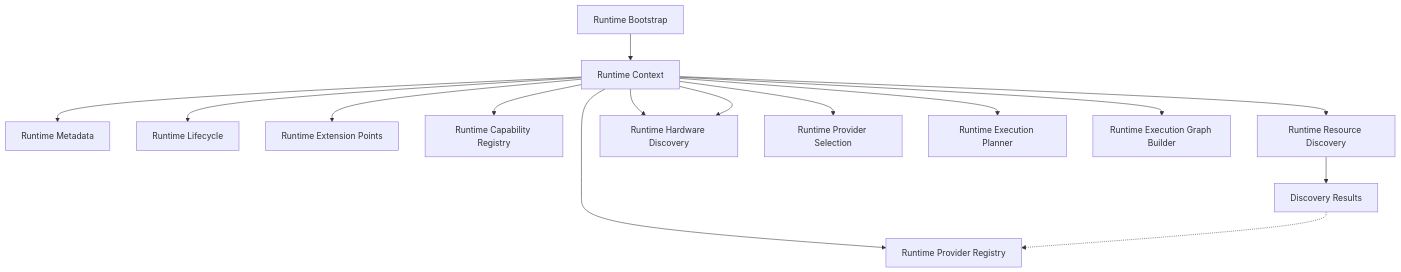
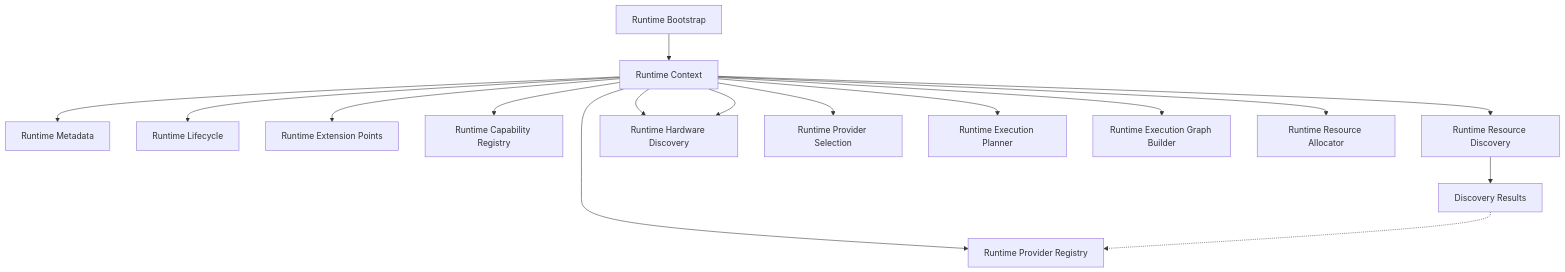
One commit to RudraNarayanRoy01/ClipForge changed the diagram in docs/architecture/runtime/RUNTIME_ARCHITECTURE.md. Above: the diagram before and after it, drawn with Mermaid. The commit also changed other lines of this file and 8 other files, not shown here.

Commit message:
feat(runtime): Batch 6.2.4 establish resource allocation foundation

````diff
--- a/docs/architecture/runtime/RUNTIME_ARCHITECTURE.md
+++ b/docs/architecture/runtime/RUNTIME_ARCHITECTURE.md
@@ -79,37 +79,39 @@
 ```mermaid
 flowchart TD
     Bootstrap[Runtime Bootstrap]
     
     Context[Runtime Context]
     Bootstrap --> Context
     
     Metadata[Runtime Metadata]
     Lifecycle[Runtime Lifecycle]
     Extensions[Runtime Extension Points]
     Registry[Runtime Capability Registry]
     
     Context --> Metadata
     Context --> Lifecycle
     Context --> Extensions
     Context --> Registry
     Context --> Discovery
     Context --> HardwareDiscovery
     
     Discovery[Runtime Resource Discovery]
     Results[Discovery Results]
     Discovery --> Results
     
     ProviderRegistry[Runtime Provider Registry]
     HardwareDiscovery[Runtime Hardware Discovery]
     ProviderSelection[Runtime Provider Selection]
     ExecutionPlanner[Runtime Execution Planner]
     ExecutionGraphBuilder[Runtime Execution Graph Builder]
+    ResourceAllocator[Runtime Resource Allocator]
     
     Context --> ProviderRegistry
     Context --> HardwareDiscovery
     Context --> ProviderSelection
     Context --> ExecutionPlanner
     Context --> ExecutionGraphBuilder
+    Context --> ResourceAllocator
     
     Results -.-> ProviderRegistry
 ```
````
